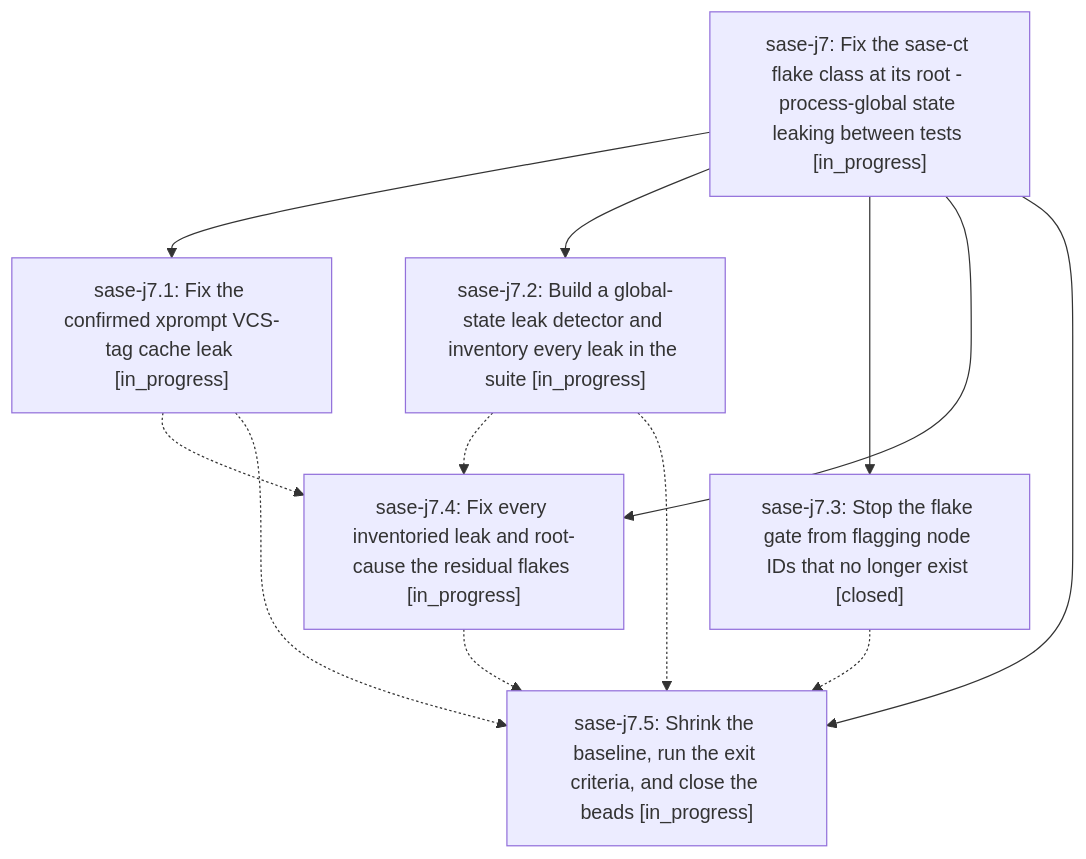
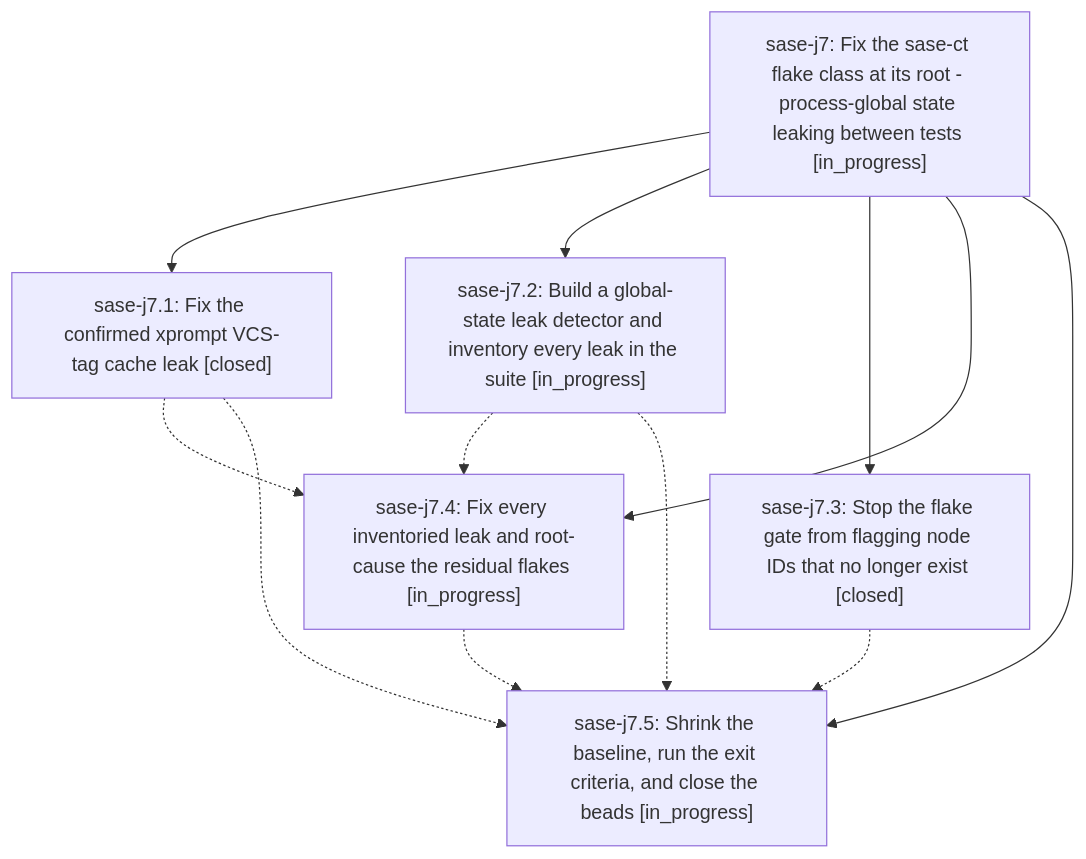
Before and after one commit to sase-org/sase--beads: the diagram in pages/sase-j7/README.md, drawn with Mermaid. The commit also changed other lines of this file and 3 other files, not shown here.

````diff
--- a/pages/sase-j7/README.md
+++ b/pages/sase-j7/README.md
@@ -26,20 +26,20 @@
 ```mermaid
 flowchart TD
     n0["sase-j7: Fix the sase-ct flake class at its root - process-global state leaking between tests [in_progress]"]
-    n1["sase-j7.1: Fix the confirmed xprompt VCS-tag cache leak [in_progress]"]
+    n1["sase-j7.1: Fix the confirmed xprompt VCS-tag cache leak [closed]"]
     n2["sase-j7.2: Build a global-state leak detector and inventory every leak in the suite [in_progress]"]
     n3["sase-j7.3: Stop the flake gate from flagging node IDs that no longer exist [closed]"]
     n4["sase-j7.4: Fix every inventoried leak and root-cause the residual flakes [in_progress]"]
     n5["sase-j7.5: Shrink the baseline, run the exit criteria, and close the beads [in_progress]"]
     n0 --> n1
     n0 --> n2
     n0 --> n3
     n0 --> n4
     n0 --> n5
     n1 -.-> n4
     n1 -.-> n5
     n2 -.-> n4
     n2 -.-> n5
     n3 -.-> n5
     n4 -.-> n5
 ```
````
